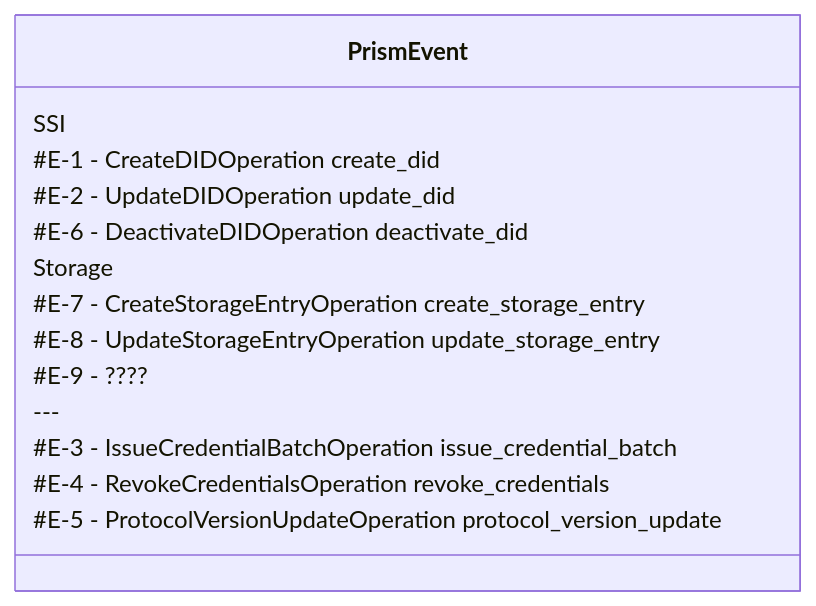
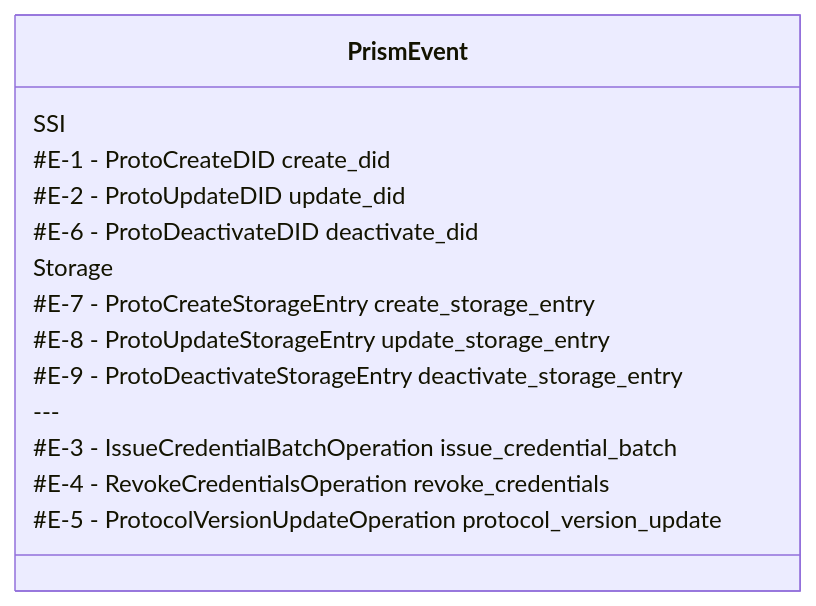
One commit to hyperledger-identus/prism-vdr-driver changed the fourth of 11 diagrams in prism-vdr-specification.md. Above: the diagram before and after it, drawn with Mermaid. The commit also changed other lines of this file, not shown here.

Commit message:
cleanup proto files & minor improvements

````diff
--- a/prism-vdr-specification.md
+++ b/prism-vdr-specification.md
@@ -312,20 +312,20 @@
 ```mermaid
 classDiagram
 
 class PrismEvent
 
 
 PrismEvent : SSI
-PrismEvent : #E-1 - CreateDIDOperation create_did
-PrismEvent : #E-2 - UpdateDIDOperation update_did
-PrismEvent : #E-6 - DeactivateDIDOperation deactivate_did
+PrismEvent : #E-1 - ProtoCreateDID create_did
+PrismEvent : #E-2 - ProtoUpdateDID update_did
+PrismEvent : #E-6 - ProtoDeactivateDID deactivate_did
 PrismEvent : Storage
-PrismEvent : #E-7 - CreateStorageEntryOperation create_storage_entry
-PrismEvent : #E-8 - UpdateStorageEntryOperation update_storage_entry
-PrismEvent : #E-9 - ???? 
+PrismEvent : #E-7 - ProtoCreateStorageEntry create_storage_entry
+PrismEvent : #E-8 - ProtoUpdateStorageEntry update_storage_entry
+PrismEvent : #E-9 - ProtoDeactivateStorageEntry deactivate_storage_entry
 PrismEvent : ---
 PrismEvent : #E-3 - IssueCredentialBatchOperation issue_credential_batch
 PrismEvent : #E-4 - RevokeCredentialsOperation revoke_credentials
 PrismEvent : #E-5 - ProtocolVersionUpdateOperation protocol_version_update
 
 ```
````
